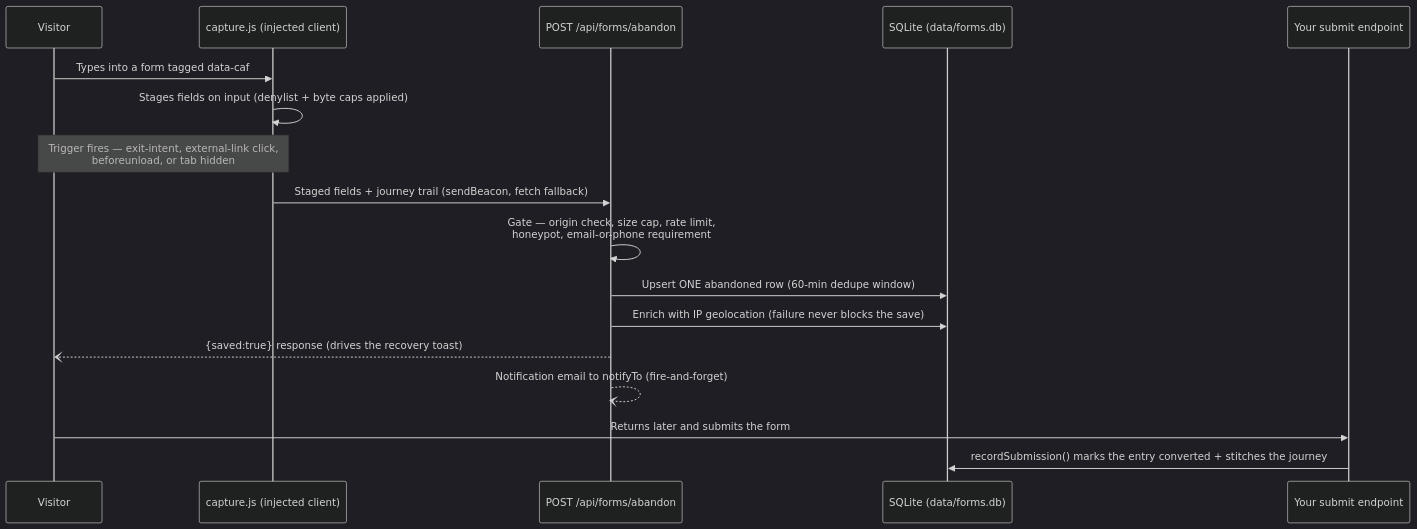
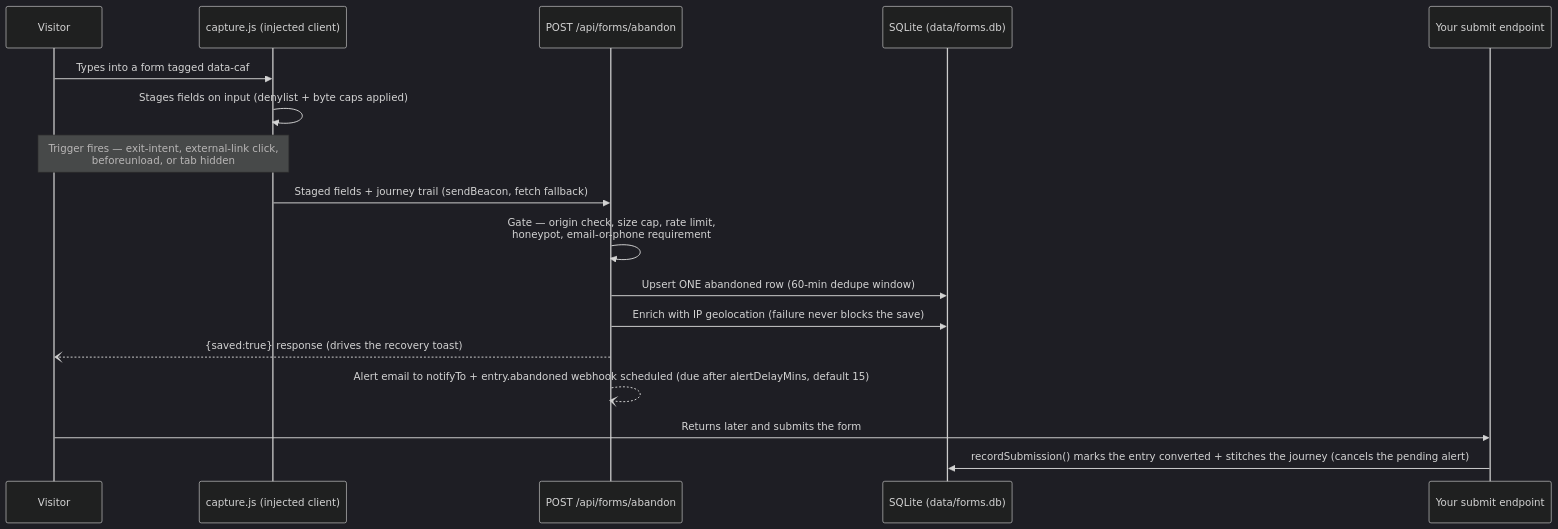
One commit to nipun-arora/cool-astro-forms changed the diagram in docs/how-it-works.md. Above: the diagram before and after it, drawn with Mermaid (dark theme). The commit also changed other lines of this file and 69 other files, not shown here.

````diff
--- a/docs/how-it-works.md
+++ b/docs/how-it-works.md
@@ -7,20 +7,20 @@
 ```mermaid
 sequenceDiagram
     participant V as Visitor
     participant C as capture.js (injected client)
     participant A as POST /api/forms/abandon
     participant DB as SQLite (data/forms.db)
     participant H as Your submit endpoint
 
     V->>C: Types into a form tagged data-caf
     C->>C: Stages fields on input (denylist + byte caps applied)
     Note over V,C: Trigger fires — exit-intent, external-link click,<br/>beforeunload, or tab hidden
     C->>A: Staged fields + journey trail (sendBeacon, fetch fallback)
     A->>A: Gate — origin check, size cap, rate limit,<br/>honeypot, email-or-phone requirement
     A->>DB: Upsert ONE abandoned row (60-min dedupe window)
     A->>DB: Enrich with IP geolocation (failure never blocks the save)
     A--)V: {saved:true} response (drives the recovery toast)
-    A--)A: Notification email to notifyTo (fire-and-forget)
+    A--)A: Alert email to notifyTo + entry.abandoned webhook scheduled (due after alertDelayMins, default 15)
     V->>H: Returns later and submits the form
-    H->>DB: recordSubmission() marks the entry converted + stitches the journey
+    H->>DB: recordSubmission() marks the entry converted + stitches the journey (cancels the pending alert)
 ```
````
